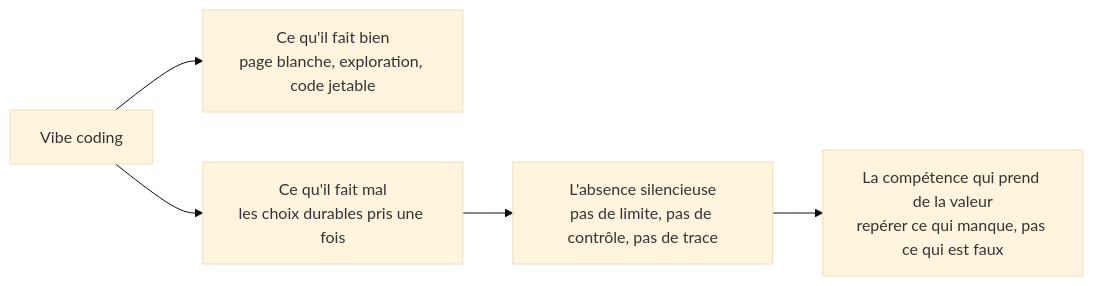
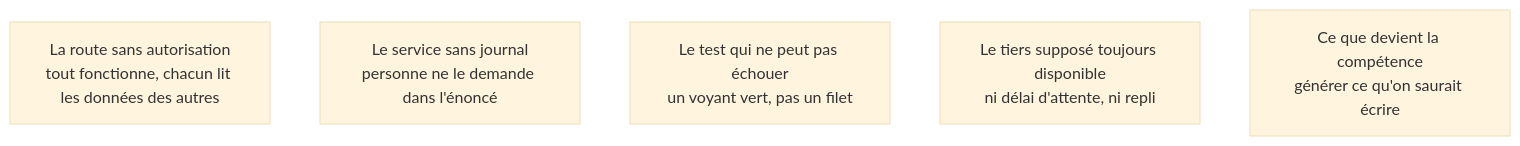
Before and after one commit to floSa/Atlas-Metiers-Roadmaps: the diagram in content/parcours/ai-product-builder/generation-et-reprise/les-limites-du-vibe-coding.md, drawn with Mermaid (base theme).

Commit message:
Vibe coding : la carte des absences silencieuses remplace le schema non cliquable
Les deux boites cote a cote « ce qu'il fait bien » / « ce qu'il fait mal »
repetaient la these deja portee par le paragraphe d'introduction et les deux
premieres puces. A la place, les cinq absences que la relecture doit chercher,
chacune menant a sa fiche de notion ou a la page qui la traite.

````diff
--- a/content/parcours/ai-product-builder/generation-et-reprise/les-limites-du-vibe-coding.md
+++ b/content/parcours/ai-product-builder/generation-et-reprise/les-limites-du-vibe-coding.md
@@ -7,7 +7,14 @@
 ```mermaid
-flowchart LR
-  V["Vibe coding"] --> B["Ce qu'il fait bien<br/>page blanche, exploration, code jetable"]
-  V --> M["Ce qu'il fait mal<br/>les choix durables pris une fois"]
-  M --> A["L'absence silencieuse<br/>pas de limite, pas de contrôle, pas de trace"]
-  A --> R["La compétence qui prend de la valeur<br/>repérer ce qui manque, pas ce qui est faux"]
+flowchart TD
+  A["La route sans autorisation<br/>tout fonctionne, chacun lit les données des autres"]
+  J["Le service sans journal<br/>personne ne le demande dans l'énoncé"]
+  T["Le test qui ne peut pas échouer<br/>un voyant vert, pas un filet"]
+  E["Le tiers supposé toujours disponible<br/>ni délai d'attente, ni repli"]
+  G["Ce que devient la compétence<br/>générer ce qu'on saurait écrire"]
+
+  click A "/notions/controle-d-acces"
+  click J "/notions/observabilite"
+  click T "/notions/tests-logiciels"
+  click E "/parcours/ai-product-builder/du-prototype-au-produit/le-comportement-en-erreur"
+  click G "/notions/assistants-de-codage"
 ```
````
